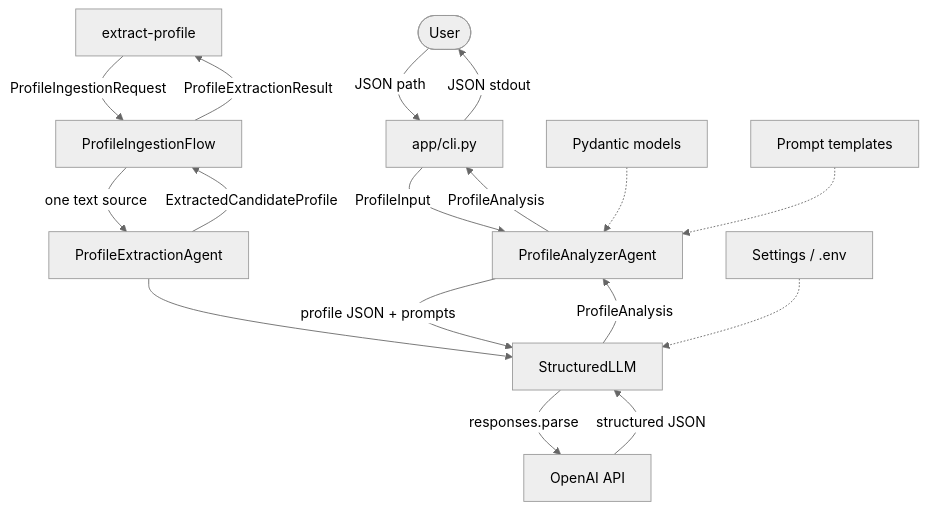
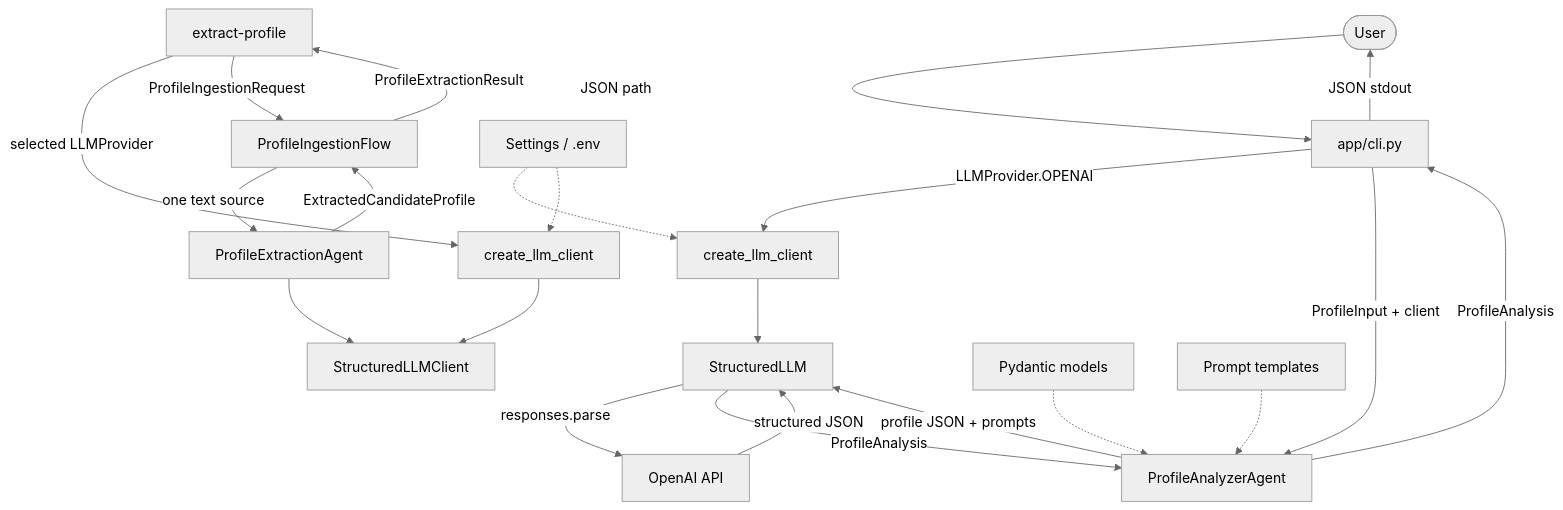
The sixth of 8 diagrams in docs/architecture/overview.md (shira-ozana/career-ai), drawn with Mermaid (neutral theme) before and after one commit. The commit also changed 18 other files, not shown here.

````diff
--- a/docs/architecture/overview.md
+++ b/docs/architecture/overview.md
@@ -379,21 +379,26 @@
 ```mermaid
 flowchart TB
     User([User]) -->|JSON path| CLI[app/cli.py]
-    CLI -->|ProfileInput| Agent[ProfileAnalyzerAgent]
-    Agent -->|profile JSON + prompts| LLM[StructuredLLM]
+    CLI -->|LLMProvider.OPENAI| Factory[create_llm_client]
+    Factory --> LLM[StructuredLLM]
+    CLI -->|ProfileInput + client| Agent[ProfileAnalyzerAgent]
+    Agent -->|profile JSON + prompts| LLM
     LLM -->|responses.parse| OpenAI[OpenAI API]
     OpenAI -->|structured JSON| LLM
     LLM -->|ProfileAnalysis| Agent
     Agent -->|ProfileAnalysis| CLI
     CLI -->|JSON stdout| User
 
-    CLI2[extract-profile] -->|ProfileIngestionRequest| Flow[ProfileIngestionFlow]
+    CLI2[extract-profile] -->|selected LLMProvider| Factory2[create_llm_client]
+    Factory2 --> Client[StructuredLLMClient]
+    CLI2 -->|ProfileIngestionRequest| Flow[ProfileIngestionFlow]
     Flow -->|one text source| Extract[ProfileExtractionAgent]
-    Extract --> LLM
+    Extract --> Client
     Extract -->|ExtractedCandidateProfile| Flow
     Flow -->|ProfileExtractionResult| CLI2
 
-    Settings[Settings / .env] -.-> LLM
+    Settings[Settings / .env] -.-> Factory
+    Settings -.-> Factory2
     Models[Pydantic models] -.-> Agent
     Prompts[Prompt templates] -.-> Agent
 ```
````
